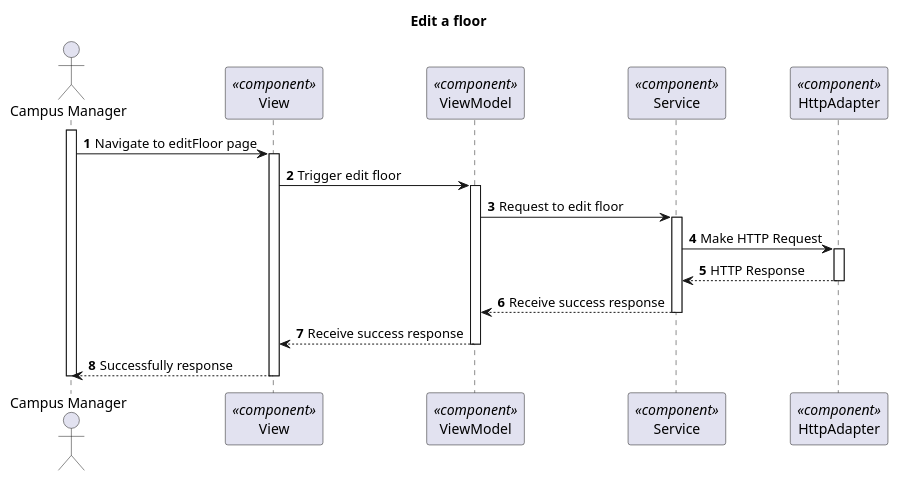
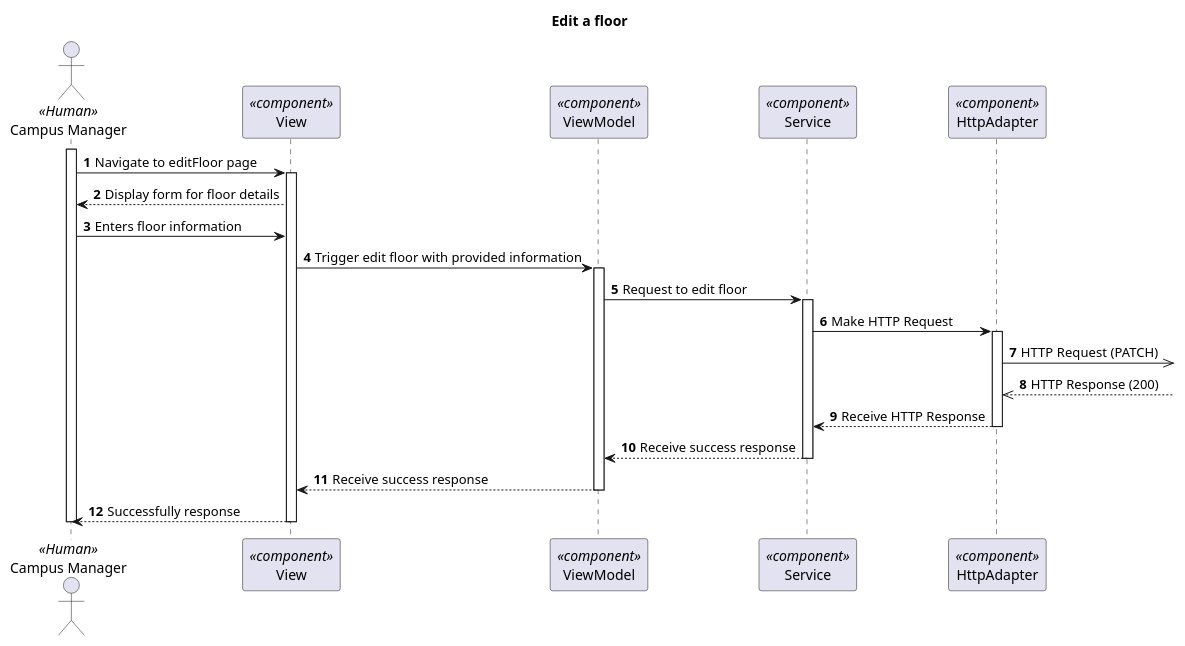
One commit to 1210910/lapr5 changed the diagram in docs/VistaProcesso/US200(1110)/Visualization/ProcessView_Level3_US1110.puml. Above: the diagram before and after it, drawn with PlantUML. The commit also changed 42 other files, not shown here.

```diff
--- a/docs/VistaProcesso/US200(1110)/Visualization/ProcessView_Level3_US1110.puml
+++ b/docs/VistaProcesso/US200(1110)/Visualization/ProcessView_Level3_US1110.puml
@@ -1,38 +1,44 @@
 @startuml Process View - Level 3
 
 autonumber
 skinparam packageStyle rect
 
 title Edit a floor
 
-actor "Campus Manager" as CM
+actor "Campus Manager" as CM <<Human>>
 participant "View" as view <<component>>
 participant "ViewModel" as viewModel <<component>>
 participant "Service" as service <<component>>
 participant "HttpAdapter" as httpAdapter <<component>>
 
 activate CM
 CM -> view : Navigate to editFloor page
 activate view
-view -> viewModel : Trigger edit floor
+view --> CM : Display form for floor details
+CM -> view : Enters floor information
+
+view -> viewModel : Trigger edit floor with provided information
+
 
 activate viewModel
 viewModel -> service : Request to edit floor
 
 activate service
 service -> httpAdapter : Make HTTP Request
 activate httpAdapter
-httpAdapter --> service : HTTP Response
+httpAdapter ->> : HTTP Request (PATCH)
+httpAdapter <<-- : HTTP Response (200)
+httpAdapter --> service : Receive HTTP Response
 deactivate httpAdapter
 
 service --> viewModel : Receive success response
 deactivate service
 
 viewModel --> view : Receive success response
 deactivate viewModel
 
 view --> CM : Successfully response
 deactivate view
 
 deactivate CM
 @enduml
```
